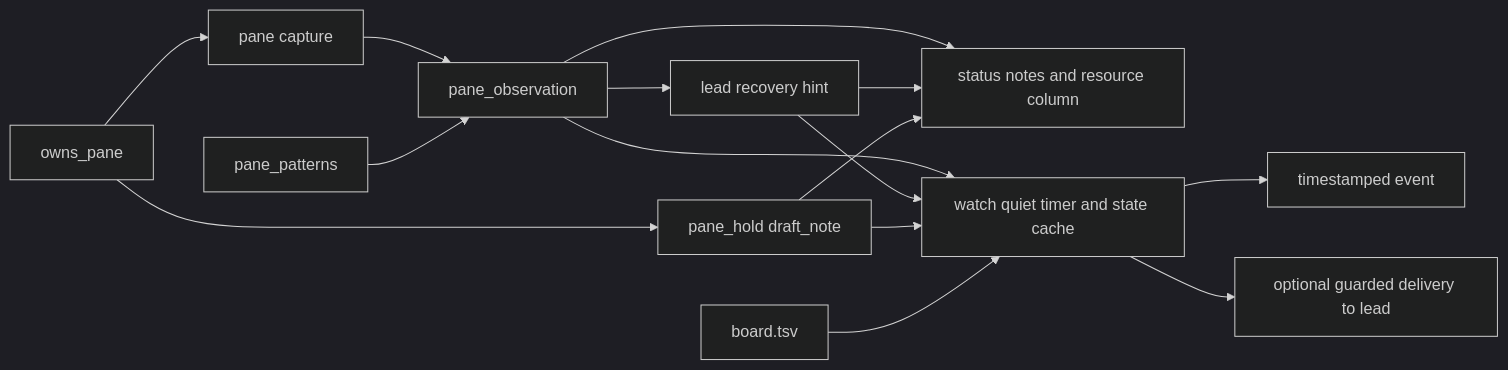
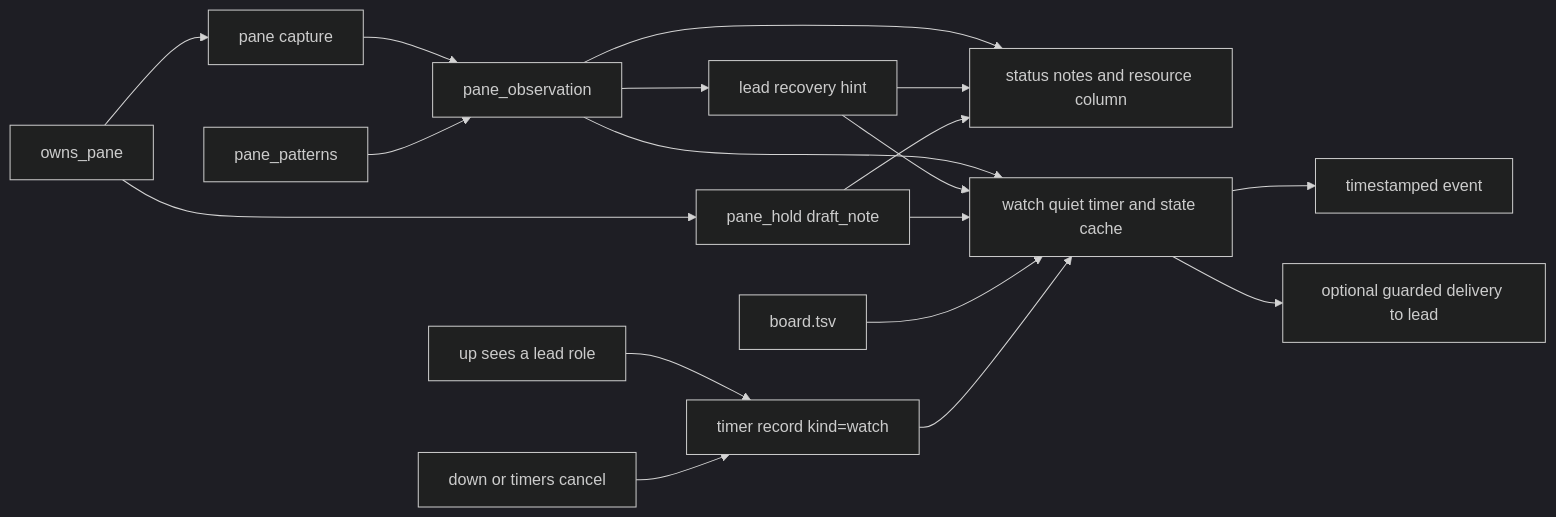
The diagram in lode/cli/watch.md (mifwar/crew), drawn with Mermaid (dark theme) before and after one commit. The commit also changed other lines of this file and 20 other files, not shown here.

````diff
--- a/lode/cli/watch.md
+++ b/lode/cli/watch.md
@@ -57,16 +74,19 @@
 ```mermaid
 flowchart LR
   owned[owns_pane] --> capture[pane capture] --> observe[pane_observation]
   table[pane_patterns] --> observe
   owned --> hold[pane_hold draft_note]
   observe --> status[status notes and resource column]
   observe --> leadHint[lead recovery hint]
   leadHint --> status
   hold --> status
   observe --> quiet[watch quiet timer and state cache]
   leadHint --> quiet
   hold --> quiet
   board[board.tsv] --> quiet
+  up[up sees a lead role] --> record[timer record kind=watch]
+  record --> quiet
+  cancel[down or timers cancel] --> record
   quiet --> stdout[timestamped event]
   quiet --> deliver[optional guarded delivery to lead]
 ```
````
